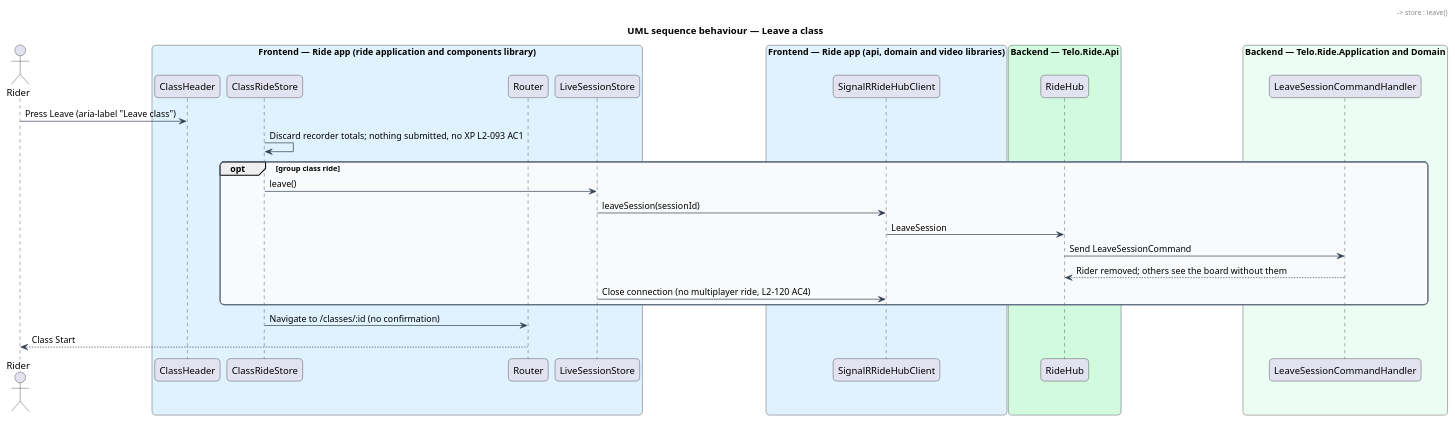
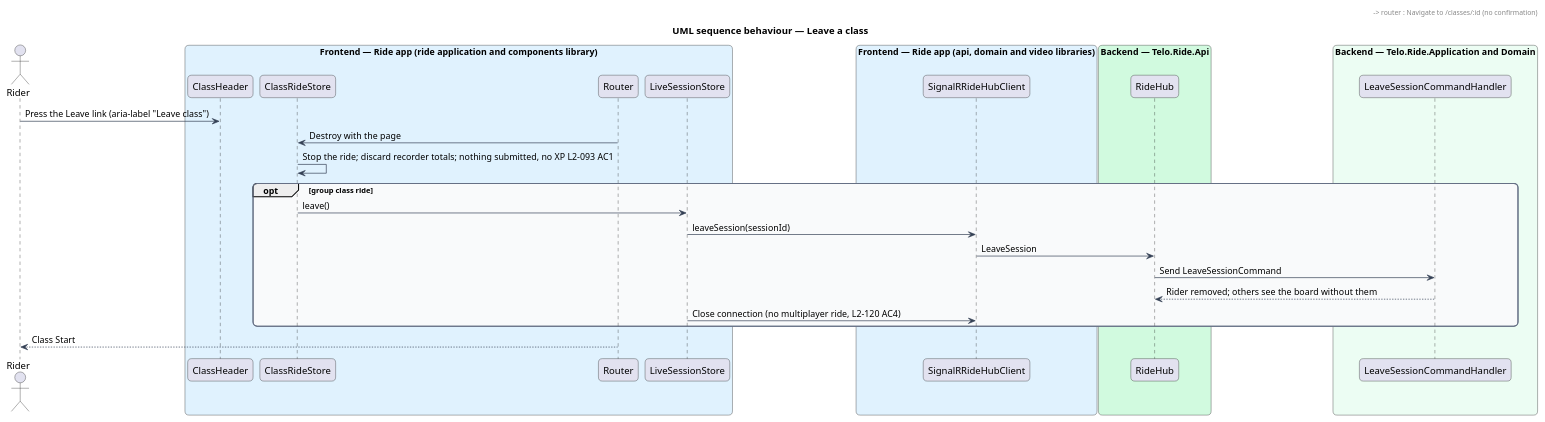
Before and after one commit to QuinntyneBrown/ride-one: the diagram in docs/detailed-designs/classes/pause-leave-or-finish-a-class/diagrams/sequence-leave-a-class.puml, drawn with PlantUML. The commit also changed 6 other files, not shown here.

```diff
--- a/docs/detailed-designs/classes/pause-leave-or-finish-a-class/diagrams/sequence-leave-a-class.puml
+++ b/docs/detailed-designs/classes/pause-leave-or-finish-a-class/diagrams/sequence-leave-a-class.puml
@@ -1,46 +1,46 @@
 @startuml
 title UML sequence behaviour — Leave a class
 skinparam backgroundColor #FFFFFF
 skinparam shadowing false
 skinparam roundcorner 12
 skinparam defaultFontName Arial
 skinparam ArrowColor #344054
 skinparam rectangle {
   BorderColor #344054
   FontColor #101828
 }
 skinparam package {
   BorderColor #667085
   FontColor #101828
   BackgroundColor #F9FAFB
 }
 actor "Rider" as rider
 box "Frontend — Ride app (ride application and components library)" #E0F2FE
   participant "ClassHeader" as header
   participant "ClassRideStore" as store
   participant "Router" as router
   participant "LiveSessionStore" as live
 end box
 box "Frontend — Ride app (api, domain and video libraries)" #E0F2FE
   participant "SignalRRideHubClient" as hub
 end box
 box "Backend — Telo.Ride.Api" #D1FADF
   participant "RideHub" as rhub
 end box
 box "Backend — Telo.Ride.Application and Domain" #ECFDF3
   participant "LeaveSessionCommandHandler" as handler
 end box
-rider -> header : Press Leave (aria-label "Leave class")
-header -> store : leave()
-store -> store : Discard recorder totals; nothing submitted, no XP L2-093 AC1
+rider -> header : Press the Leave link (aria-label "Leave class")
+header -> router : Navigate to /classes/:id (no confirmation)
+router -> store : Destroy with the page
+store -> store : Stop the ride; discard recorder totals; nothing submitted, no XP L2-093 AC1
 opt group class ride
   store -> live : leave()
   live -> hub : leaveSession(sessionId)
   hub -> rhub : LeaveSession
   rhub -> handler : Send LeaveSessionCommand
   handler --> rhub : Rider removed; others see the board without them
   live -> hub : Close connection (no multiplayer ride, L2-120 AC4)
 end
-store -> router : Navigate to /classes/:id (no confirmation)
 router --> rider : Class Start
 @enduml
```
